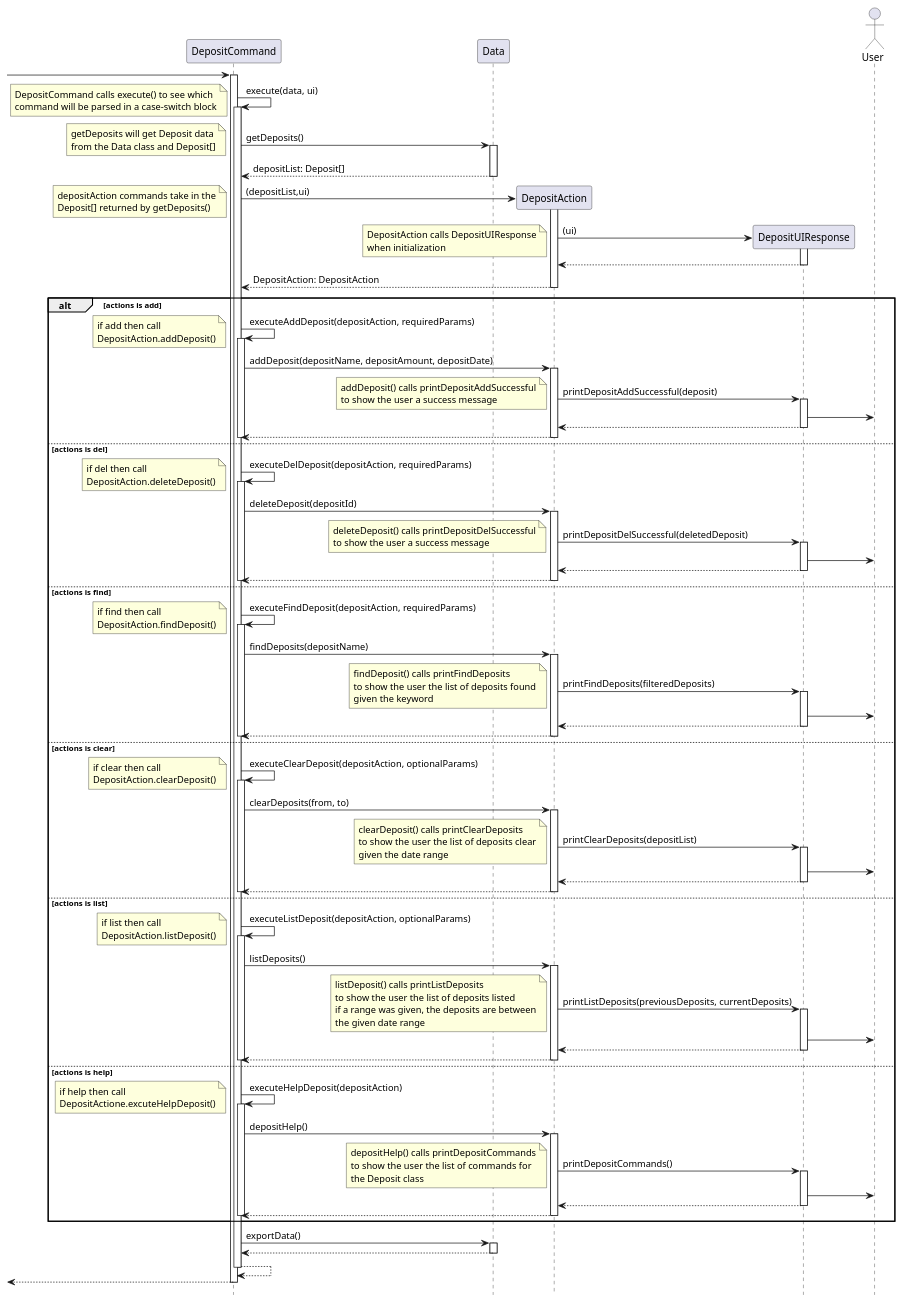
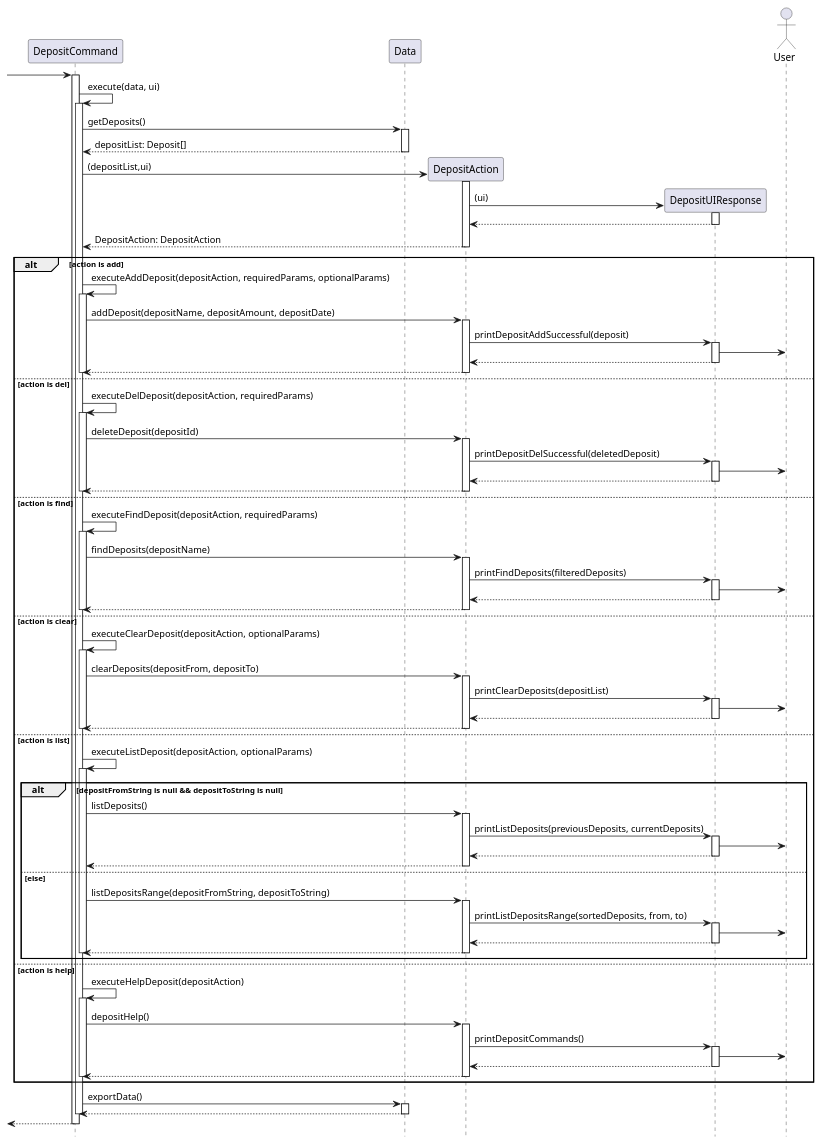
The diagram in docs/diagrams/DepositCommandSequence.puml (stephenkyang/tp), drawn with PlantUML before and after one commit. The commit also changed 22 other files, not shown here.

Commit message:
Modify sequence diagrams

```diff
--- a/docs/diagrams/DepositCommandSequence.puml
+++ b/docs/diagrams/DepositCommandSequence.puml
@@ -12,32 +12,16 @@
 
 activate "DepositCommand"
 "DepositCommand" -> "DepositCommand": execute(data, ui)
-note left
-    DepositCommand calls execute() to see which
-    command will be parsed in a case-switch block
- end note
 activate  "DepositCommand"
 "DepositCommand" -> "Data": getDeposits()
- note left
-    getDeposits will get Deposit data
-    from the Data class and Deposit[]
- end note
 activate "Data"
 return depositList: Deposit[]
 deactivate "Data"
 
 "DepositCommand" -> "DepositAction" ** : (depositList,ui)
- note left
-    depositAction commands take in the
-    Deposit[] returned by getDeposits()
- end note
 activate "DepositAction"
 
 "DepositAction" -> "DepositUIResponse" ** : (ui)
-note left
-    DepositAction calls DepositUIResponse
-    when initialization
- end note
 activate "DepositUIResponse"
 "DepositUIResponse" --> "DepositAction"
 deactivate "DepositUIResponse"
@@ -46,22 +30,12 @@
 deactivate "DepositAction"
 
 
-alt actions is add
-"DepositCommand" -> "DepositCommand": executeAddDeposit(depositAction, requiredParams)
-note left
-    if add then call
-    DepositAction.addDeposit()
- end note
-
+alt action is add
+"DepositCommand" -> "DepositCommand": executeAddDeposit(depositAction, requiredParams, optionalParams)
 activate "DepositCommand"
 "DepositCommand" -> "DepositAction" : addDeposit(depositName, depositAmount, depositDate)
 activate "DepositAction"
 "DepositAction" -> "DepositUIResponse" : printDepositAddSuccessful(deposit)
-note left
-    addDeposit() calls printDepositAddSuccessful
-    to show the user a success message
- end note
-
 activate "DepositUIResponse"
 "DepositUIResponse" -> User
 return
@@ -69,20 +43,12 @@
 
 deactivate "DepositCommand"
 
-else actions is del
+else action is del
 "DepositCommand" -> "DepositCommand": executeDelDeposit(depositAction, requiredParams)
-note left
-    if del then call
-    DepositAction.deleteDeposit()
- end note
 activate "DepositCommand"
 "DepositCommand" -> "DepositAction" : deleteDeposit(depositId)
 activate "DepositAction"
 "DepositAction" -> "DepositUIResponse" : printDepositDelSuccessful(deletedDeposit)
-note left
-    deleteDeposit() calls printDepositDelSuccessful
-    to show the user a success message
- end note
 activate "DepositUIResponse"
 "DepositUIResponse" -> User
 return
@@ -90,23 +56,12 @@
 
 deactivate "DepositCommand"
 
-else actions is find
+else action is find
 "DepositCommand" -> "DepositCommand": executeFindDeposit(depositAction, requiredParams)
-note left
-    if find then call
-    DepositAction.findDeposit()
- end note
 activate "DepositCommand"
 "DepositCommand" -> "DepositAction" : findDeposits(depositName)
-
 activate "DepositAction"
-
 "DepositAction" -> "DepositUIResponse" : printFindDeposits(filteredDeposits)
-note left
-    findDeposit() calls printFindDeposits
-    to show the user the list of deposits found
-    given the keyword
- end note
 activate "DepositUIResponse"
 "DepositUIResponse" -> User
 return
@@ -114,23 +69,12 @@
 
 deactivate "DepositCommand"
 
-else actions is clear
+else action is clear
 "DepositCommand" -> "DepositCommand": executeClearDeposit(depositAction, optionalParams)
-note left
-    if clear then call
-    DepositAction.clearDeposit()
- end note
 activate "DepositCommand"
-"DepositCommand" -> "DepositAction" : clearDeposits(from, to)
-
+"DepositCommand" -> "DepositAction" : clearDeposits(depositFrom, depositTo)
 activate "DepositAction"
-
 "DepositAction" -> "DepositUIResponse" : printClearDeposits(depositList)
-note left
-    clearDeposit() calls printClearDeposits
-    to show the user the list of deposits clear
-    given the date range
-end note
 activate "DepositUIResponse"
 "DepositUIResponse" -> User
 return
@@ -138,65 +82,50 @@
 
 deactivate "DepositCommand"
 
-else actions is list
+else action is list
 "DepositCommand" -> "DepositCommand": executeListDeposit(depositAction, optionalParams)
-note left
-    if list then call
-    DepositAction.listDeposit()
- end note
 activate "DepositCommand"
+
+alt depositFromString is null && depositToString is null
 "DepositCommand" -> "DepositAction" : listDeposits()
 activate "DepositAction"
 "DepositAction" -> "DepositUIResponse" : printListDeposits(previousDeposits, currentDeposits)
-note left
-    listDeposit() calls printListDeposits
-    to show the user the list of deposits listed
-    if a range was given, the deposits are between
-    the given date range
-end note
+activate "DepositUIResponse"
+"DepositUIResponse" -> User
+return
+return
+
+else else
+"DepositCommand" -> "DepositAction" : listDepositsRange(depositFromString, depositToString)
+activate "DepositAction"
+"DepositAction" -> "DepositUIResponse" : printListDepositsRange(sortedDeposits, from, to)
+activate "DepositUIResponse"
+"DepositUIResponse" -> User
+return
+return
+deactivate "DepositCommand"
+end
+
+else action is help
+"DepositCommand" -> "DepositCommand": executeHelpDeposit(depositAction)
+activate "DepositCommand"
+"DepositCommand" -> "DepositAction" : depositHelp()
+activate "DepositAction"
+"DepositAction" -> "DepositUIResponse" : printDepositCommands()
 activate "DepositUIResponse"
 "DepositUIResponse" -> User
 return
 return
 
 deactivate "DepositCommand"
-
-else actions is help
-
-"DepositCommand" -> "DepositCommand": executeHelpDeposit(depositAction)
-note left
-    if help then call
-    DepositActione.excuteHelpDeposit()
- end note
-activate "DepositCommand"
-"DepositCommand" -> "DepositAction" : depositHelp()
-activate "DepositAction"
-"DepositAction" -> "DepositUIResponse" : printDepositCommands()
-note left
-    depositHelp() calls printDepositCommands
-    to show the user the list of commands for
-    the Deposit class
-end note
-activate "DepositUIResponse"
-"DepositUIResponse" -> User
-return
-return
-
-deactivate "DepositCommand"
-
 end
 
 "DepositCommand" -> "Data": exportData()
-
 activate "Data"
 return
-
 deactivate "Data"
 
-"DepositCommand" --> "DepositCommand"
 deactivate "DepositCommand"
-
-<-- "DepositCommand"
+ <-- "DepositCommand":
 deactivate "DepositCommand"
-
 @enduml
```
